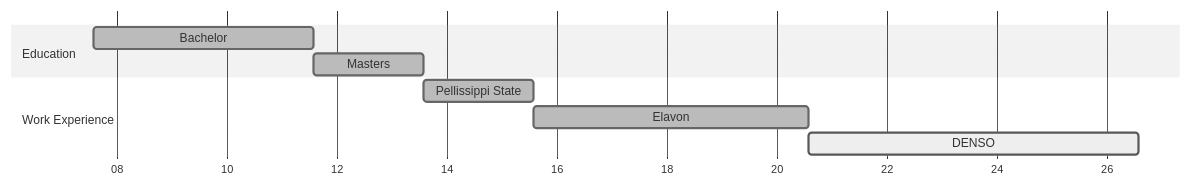
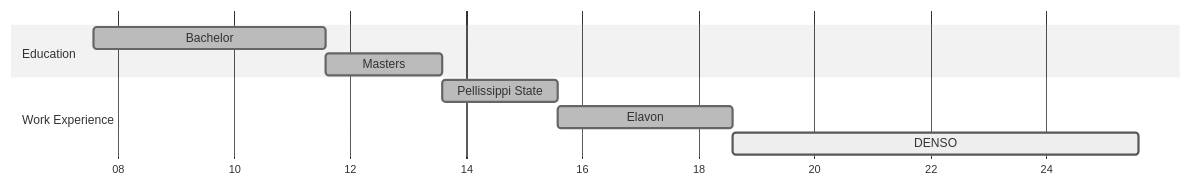
One commit to joshuacharleshyatt/personal changed the first of 2 diagrams in qualifications.qmd. Above: the diagram before and after it, drawn with Mermaid. The commit also changed 10 other files, not shown here.

````diff
--- a/qualifications.qmd
+++ b/qualifications.qmd
@@ -29,13 +29,13 @@
 ```{mermaid}
 %%{init: {'theme':'neutral'}}%%
 gantt
   dateFormat YYYY-MM
   axisformat %y
   section Education
     Bachelor          :done, e1, 2007-08, 4y
     Masters           :done, e2, after e1, 2y
   section Work Experience
     Pellissippi State :done, w1, after e2, 2y
-    Elavon            :done, w2, after w1, 5y
-    DENSO             :active, w3, after w2, 6y
+    Elavon            :done, w2, after w1, 3y
+    DENSO             :active, w3, after w2, 7y
 ```
````
